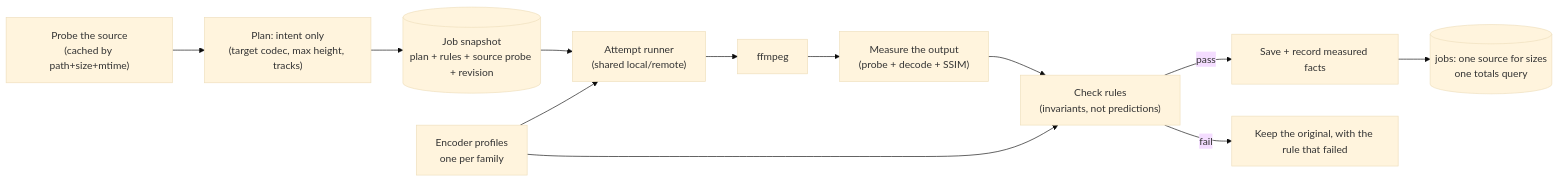
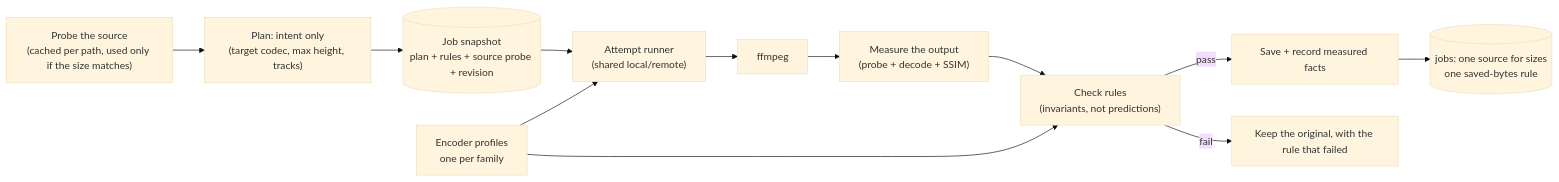
The second of 2 diagrams in docs/architecture/foundation-review.md (PeiceOfToast/shrink-your-shit), drawn with Mermaid (base theme) before and after one commit. The commit also changed other lines of this file, not shown here.

````diff
--- a/docs/architecture/foundation-review.md
+++ b/docs/architecture/foundation-review.md
@@ -334,14 +345,14 @@
 ```mermaid
 flowchart LR
-  P["Probe the source<br/>(cached by path+size+mtime)"] --> PL["Plan: intent only<br/>(target codec, max height, tracks)"]
+  P["Probe the source<br/>(cached per path, used only if the size matches)"] --> PL["Plan: intent only<br/>(target codec, max height, tracks)"]
   PL --> SN[("Job snapshot<br/>plan + rules + source probe + revision")]
   SN --> AR["Attempt runner<br/>(shared local/remote)"]
   EP["Encoder profiles<br/>one per family"] --> AR
   EP --> RU
   AR --> FF["ffmpeg"]
   FF --> M["Measure the output<br/>(probe + decode + SSIM)"]
   M --> RU["Check rules<br/>(invariants, not predictions)"]
   RU -- pass --> SV["Save + record measured facts"]
   RU -- fail --> K["Keep the original, with the rule that failed"]
-  SV --> DB[("jobs: one source for sizes<br/>one totals query")]
+  SV --> DB[("jobs: one source for sizes<br/>one saved-bytes rule")]
 ```
````
